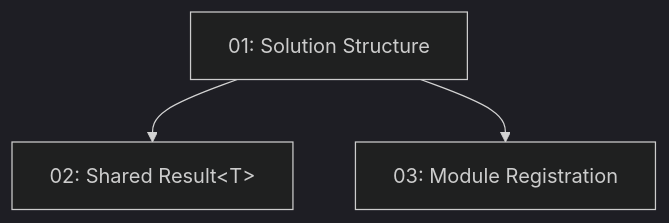
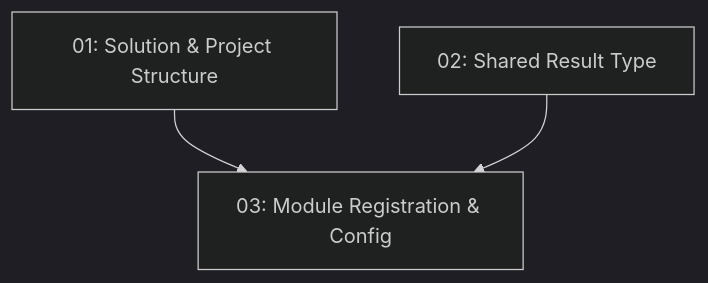
One commit to limitzero/tablenow changed the diagram in .docs/features/story-001-backend-scaffolding/README.md. Above: the diagram before and after it, drawn with Mermaid (dark theme). The commit also changed other lines of this file and 184 other files, not shown here.

````diff
--- a/.docs/features/story-001-backend-scaffolding/README.md
+++ b/.docs/features/story-001-backend-scaffolding/README.md
@@ -14,8 +15,8 @@
 ```mermaid
 graph TD
-    task-01["01: Solution Structure"]
-    task-02["02: Shared Result&lt;T&gt;"]
-    task-03["03: Module Registration"]
-    task-01 --> task-02
-    task-01 --> task-03
+    task-01-solution-structure["01: Solution & Project Structure"]
+    task-02-shared-result-type["02: Shared Result<T> Type"]
+    task-03-module-registration["03: Module Registration & Config"]
+    task-01-solution-structure --> task-03-module-registration
+    task-02-shared-result-type --> task-03-module-registration
 ```
````
